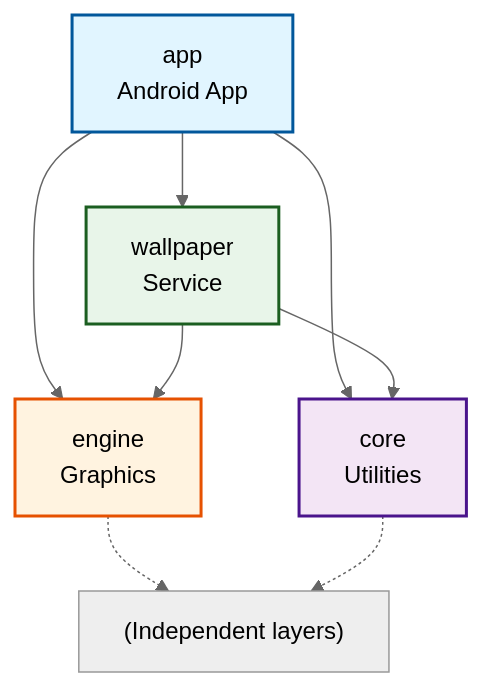
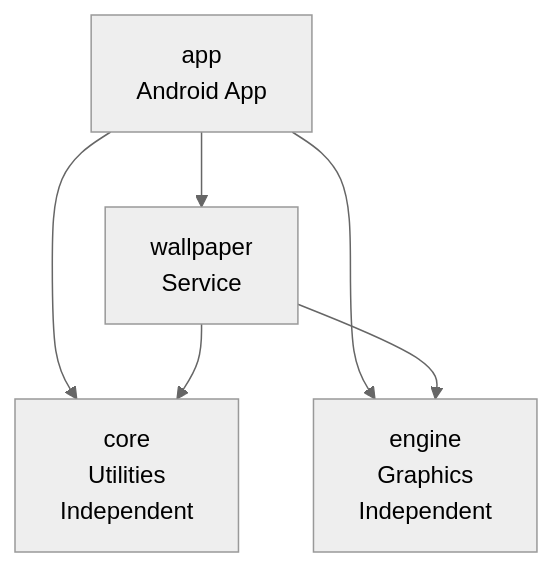
Before and after one commit to cebe123/lumisky-v4: the fourth of 5 diagrams in ARCHITECTURE.md, drawn with Mermaid (neutral theme).

Commit message:
Fix Module Dependencies diagram - simplify to valid Mermaid syntax

````diff
--- a/ARCHITECTURE.md
+++ b/ARCHITECTURE.md
@@ -195,26 +195,13 @@
 ```mermaid
 graph TB
     App["app<br/>Android App"]
-    Core["core<br/>Utilities"]
-    Engine["engine<br/>Graphics"]
+    Core["core<br/>Utilities<br/>Independent"]
+    Engine["engine<br/>Graphics<br/>Independent"]
     Wallpaper["wallpaper<br/>Service"]
-    Independent["(Independent layers)"]
     
     App --> Core
     App --> Engine
     App --> Wallpaper
     Wallpaper --> Engine
     Wallpaper --> Core
-    Engine -.-> Independent
-    Core -.-> Independent
-    
-    classDef appStyle fill:#e1f5ff,stroke:#01579b,stroke-width:2px
-    classDef coreStyle fill:#f3e5f5,stroke:#4a148c,stroke-width:2px
-    classDef engineStyle fill:#fff3e0,stroke:#e65100,stroke-width:2px
-    classDef wallpaperStyle fill:#e8f5e9,stroke:#1b5e20,stroke-width:2px
-    
-    class App appStyle
-    class Core coreStyle
-    class Engine engineStyle
-    class Wallpaper wallpaperStyle
 ```
````
